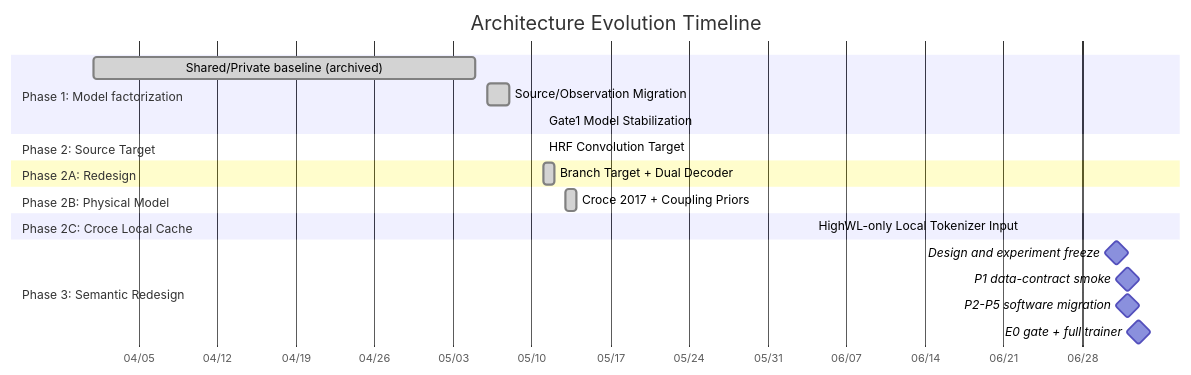
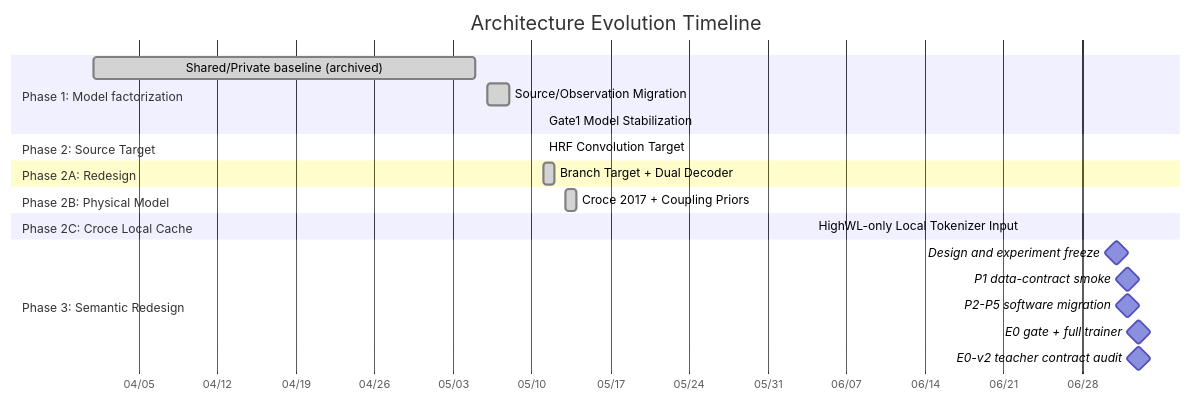
One commit to Kevin65536/PID-MCM changed the diagram in docs/architecture_changelog/INDEX.md. Above: the diagram before and after it, drawn with Mermaid. The commit also changed other lines of this file and 23 other files, not shown here.

First line of the commit message:
feat: add E0-v2 teacher validation with information contract, visual audit, and provenance binding

````diff
--- a/docs/architecture_changelog/INDEX.md
+++ b/docs/architecture_changelog/INDEX.md
@@ -18,25 +18,26 @@
 ```mermaid
 gantt
     accTitle: Architecture evolution timeline
     accDescr: The source observation lineage is complete through the Croce local runtime, followed by a planned physiology semantic tokenizer redesign.
     title Architecture Evolution Timeline
     dateFormat  YYYY-MM-DD
     axisFormat  %m/%d
     section Phase 1: Model factorization
         Shared/Private baseline (archived) :done, 2026-04-01, 2026-05-05
         Source/Observation Migration      :done, 2026-05-06, 2026-05-08
         Gate1 Model Stabilization         :done, 2026-05-11, 2026-05-11
     section Phase 2: Source Target
         HRF Convolution Target            :done, 2026-05-11, 2026-05-11
     section Phase 2A: Redesign
         Branch Target + Dual Decoder      :done, 2026-05-11, 2026-05-12
     section Phase 2B: Physical Model
         Croce 2017 + Coupling Priors      :done, 2026-05-13, 2026-05-14
     section Phase 2C: Croce Local Cache
         HighWL-only Local Tokenizer Input :done, 2026-06-04, 2026-06-04
     section Phase 3: Semantic Redesign
         Design and experiment freeze      :milestone, 2026-07-01, 0d
         P1 data-contract smoke            :milestone, 2026-07-02, 0d
         P2-P5 software migration          :milestone, 2026-07-02, 0d
         E0 gate + full trainer             :milestone, 2026-07-03, 0d
+        E0-v2 teacher contract audit       :milestone, 2026-07-03, 0d
 ```
````
